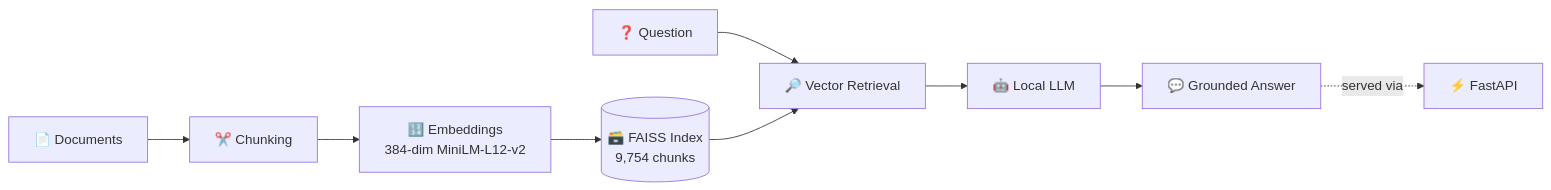
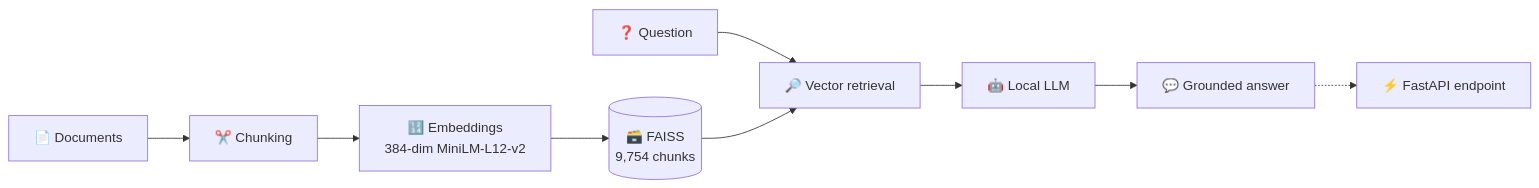
The third of 5 diagrams in README.md (Monish03905/Monish03905), drawn with Mermaid before and after one commit. The commit also changed other lines of this file, not shown here.

````diff
--- a/README.md
+++ b/README.md
@@ -164,11 +185,11 @@
 ```mermaid
 flowchart LR
     D["📄 Documents"] --> C["✂️ Chunking"]
     C --> E["🔢 Embeddings<br/>384-dim MiniLM-L12-v2"]
-    E --> F[("🗃️ FAISS Index<br/>9,754 chunks")]
-    Q["❓ Question"] --> R["🔎 Vector Retrieval"]
+    E --> F[("🗃️ FAISS<br/>9,754 chunks")]
+    Q["❓ Question"] --> R["🔎 Vector retrieval"]
     F --> R
     R --> L["🤖 Local LLM"]
-    L --> A["💬 Grounded Answer"]
-    A -. "served via" .-> API["⚡ FastAPI"]
+    L --> A["💬 Grounded answer"]
+    A -.-> API["⚡ FastAPI endpoint"]
 ```
````
